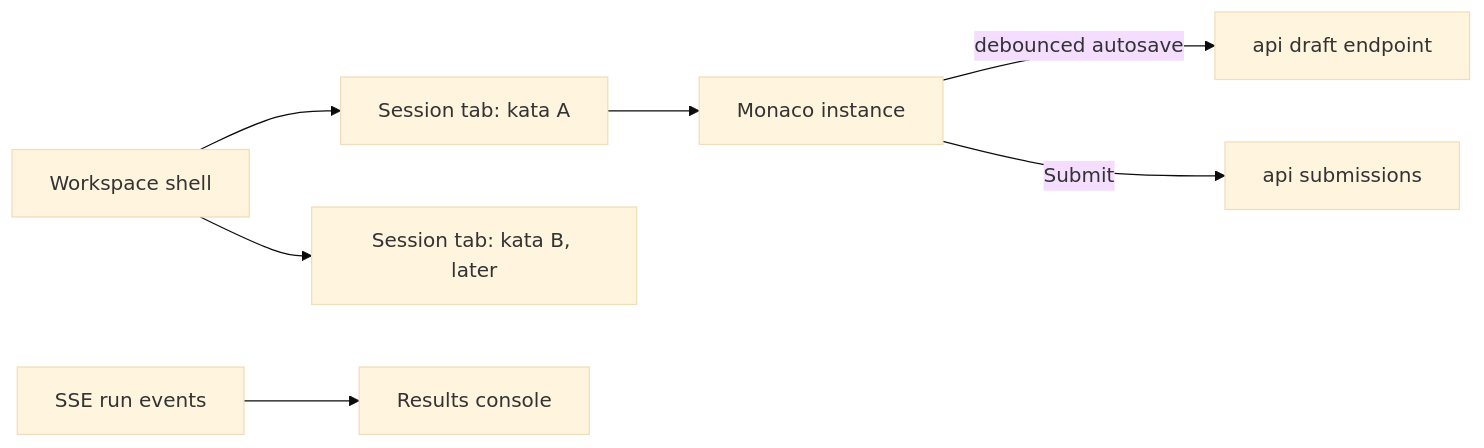
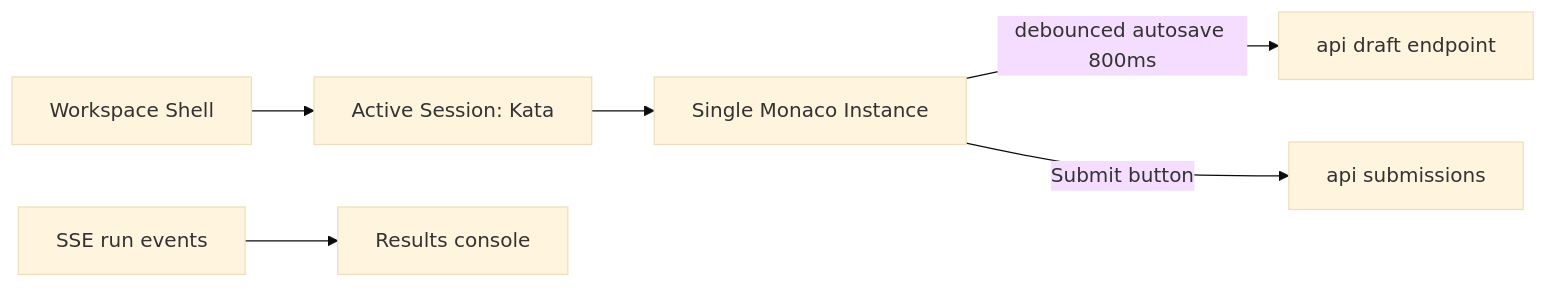
Before and after one commit to Nelsoon-ds/CodePalace: the diagram in docs/07-frontend.md, drawn with Mermaid (base theme). The commit also changed other lines of this file and 3 other files, not shown here.

````diff
--- a/docs/07-frontend.md
+++ b/docs/07-frontend.md
@@ -37,9 +39,8 @@
 ```mermaid
 flowchart LR
-    WS[Workspace shell] --> S1[Session tab: kata A]
-    WS --> S2[Session tab: kata B, later]
-    S1 --> E[Monaco instance]
-    E -->|debounced autosave| API[api draft endpoint]
-    E -->|Submit| API2[api submissions]
+    WS[Workspace Shell] --> S1[Active Session: Kata]
+    S1 --> E[Single Monaco Instance]
+    E -->|debounced autosave 800ms| API[api draft endpoint]
+    E -->|Submit button| API2[api submissions]
     SSO[SSE run events] --> CONSOLE[Results console]
 ```
````
